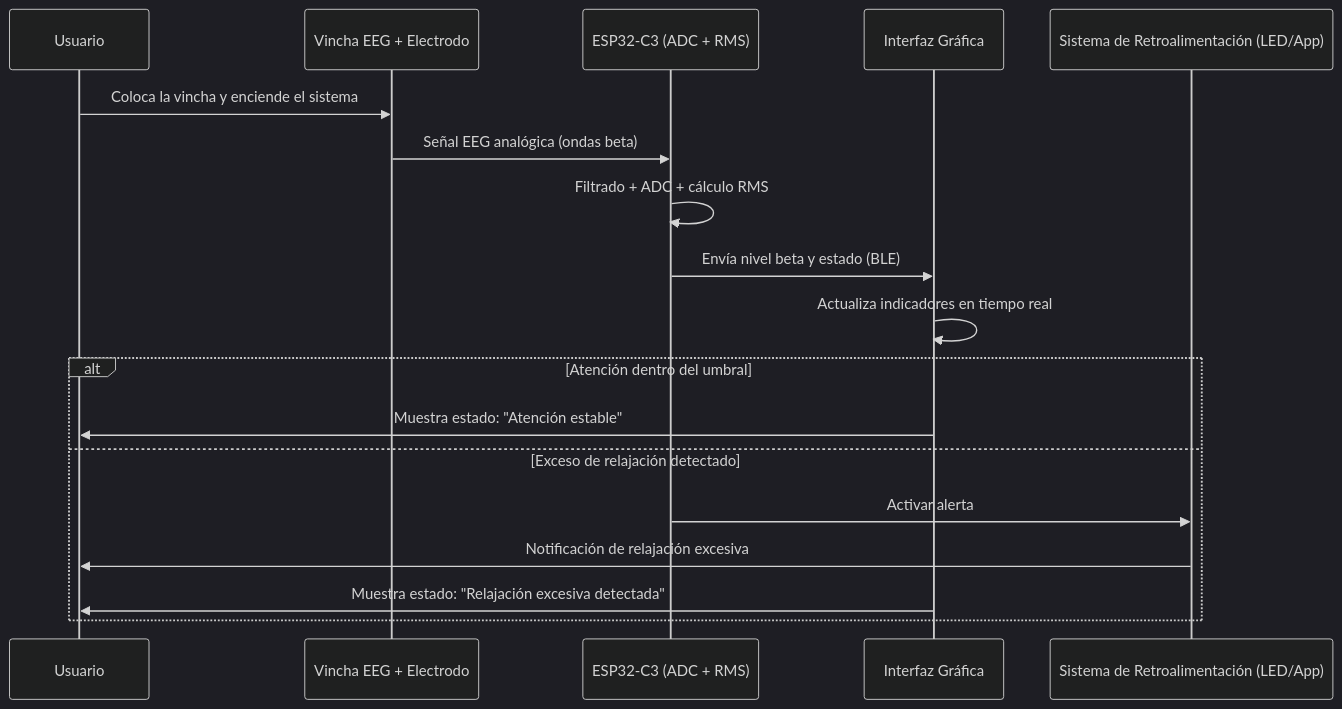
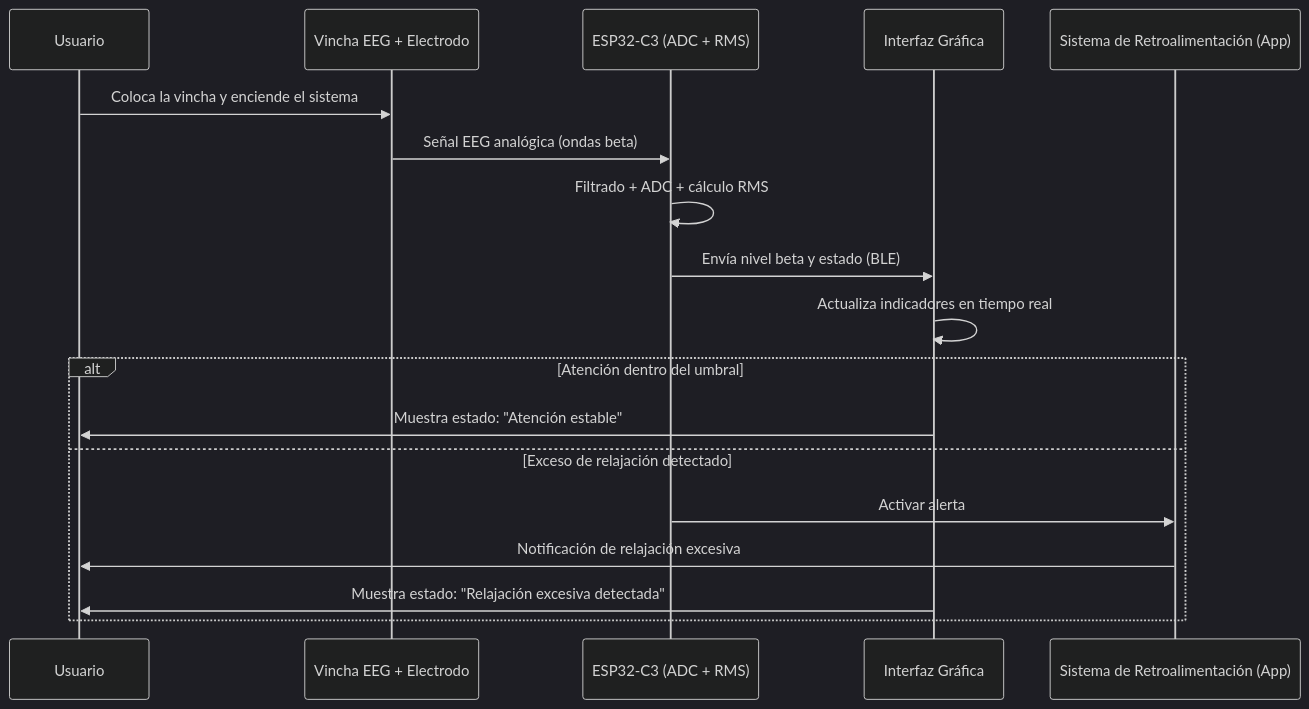
Before and after one commit to proyectoitsv/2025_EWHRA: the diagram in DiseñoSistemas/Diagramadesecuencia.mmd, drawn with Mermaid (dark theme).

Commit message:
Modify feedback system participant in sequence diagram
Updated participant name for feedback system in sequence diagram.

```diff
--- a/DiseñoSistemas/Diagramadesecuencia.mmd
+++ b/DiseñoSistemas/Diagramadesecuencia.mmd
@@ -1,21 +1,21 @@
 sequenceDiagram
     participant Usuario
     participant Vincha_EEG as Vincha EEG + Electrodo
     participant ESP32 as ESP32-C3 (ADC + RMS)
     participant App as Interfaz Gráfica
-    participant Feedback as Sistema de Retroalimentación (LED/App)
+    participant Feedback as Sistema de Retroalimentación (App)
 
     Usuario ->> Vincha_EEG: Coloca la vincha y enciende el sistema
     Vincha_EEG ->> ESP32: Señal EEG analógica (ondas beta)
     ESP32 ->> ESP32: Filtrado + ADC + cálculo RMS
 
     ESP32 ->> App: Envía nivel beta y estado (BLE)
     App ->> App: Actualiza indicadores en tiempo real
 
     alt Atención dentro del umbral
         App ->> Usuario: Muestra estado: "Atención estable"
     else Exceso de relajación detectado
         ESP32 ->> Feedback: Activar alerta
         Feedback ->> Usuario: Notificación de relajación excesiva
         App ->> Usuario: Muestra estado: "Relajación excesiva detectada"
     end
```
